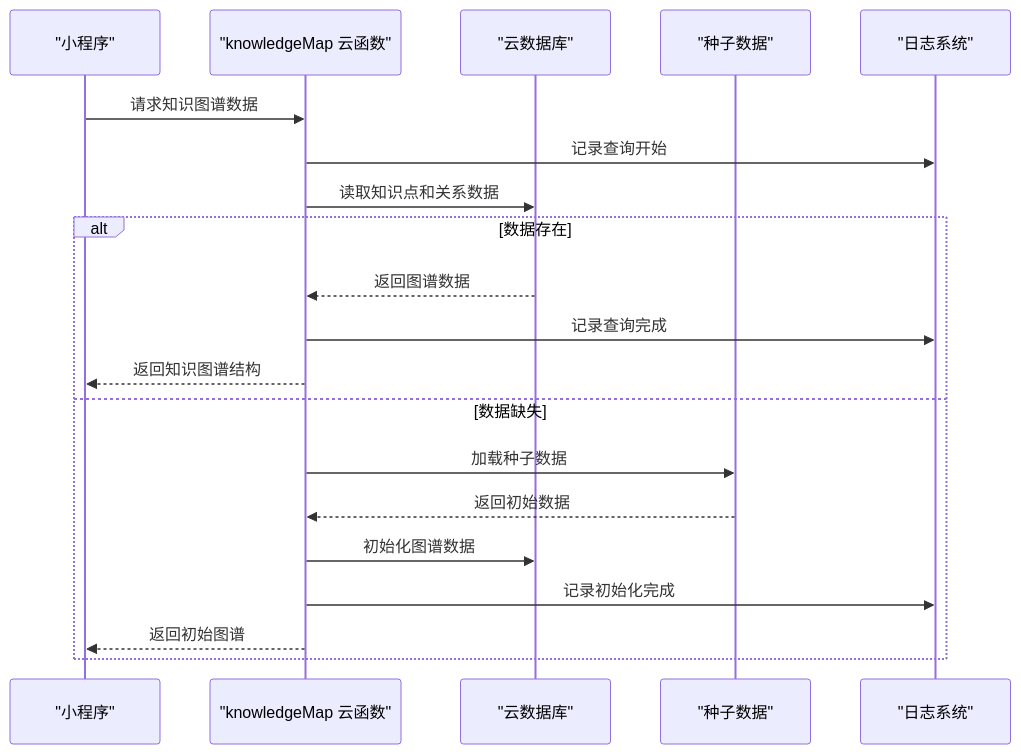
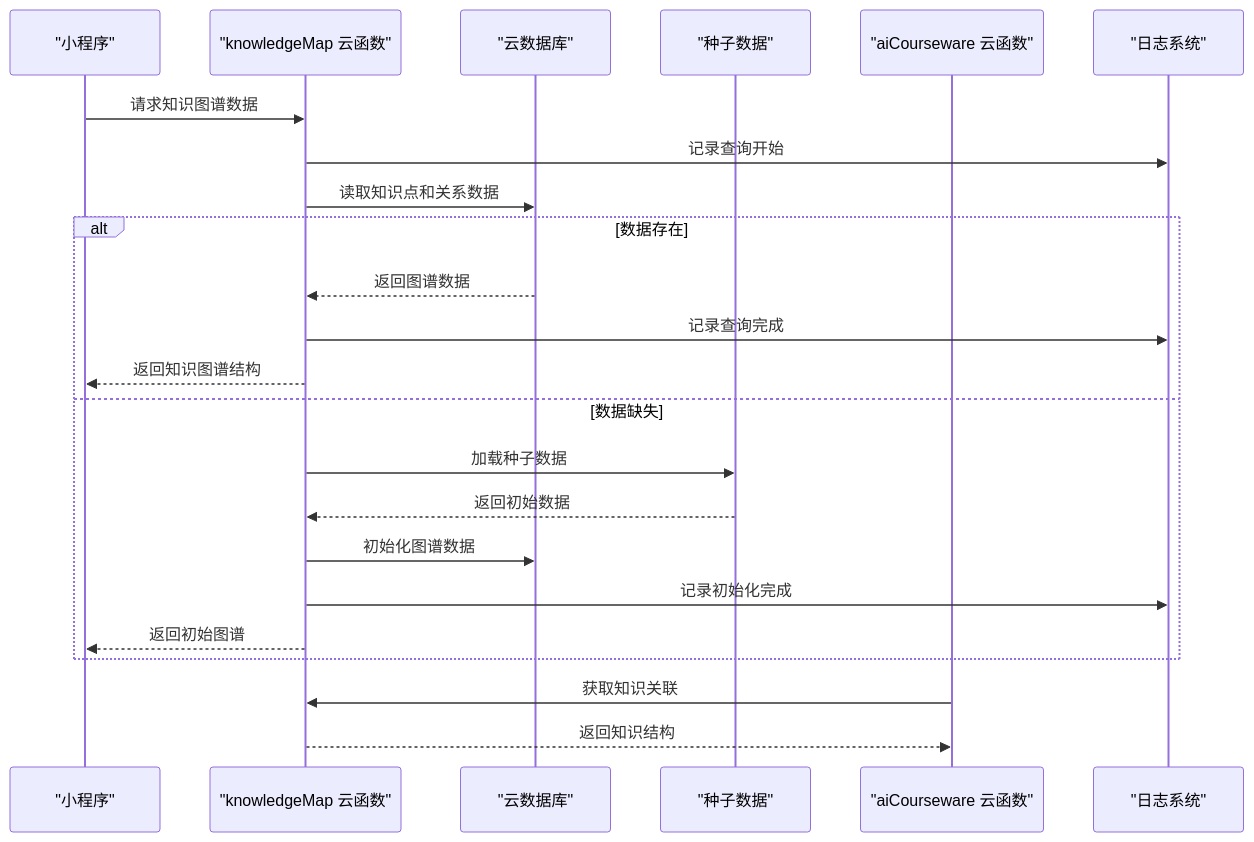
The ninth of 15 diagrams in .qoder/repowiki/zh/content/架构设计/后端架构设计/云函数架构设计.md (cwb7756/bio), drawn with Mermaid before and after one commit. The commit also changed other lines of this file and 19 other files, not shown here.

````diff
--- a/.qoder/repowiki/zh/content/架构设计/后端架构设计/云函数架构设计.md
+++ b/.qoder/repowiki/zh/content/架构设计/后端架构设计/云函数架构设计.md
@@ -492,22 +510,25 @@
 ```mermaid
 sequenceDiagram
 participant MP as "小程序"
 participant KM as "knowledgeMap 云函数"
 participant DB as "云数据库"
 participant SD as "种子数据"
+participant ACW as "aiCourseware 云函数"
 participant LOG as "日志系统"
 MP->>KM : 请求知识图谱数据
 KM->>LOG : 记录查询开始
 KM->>DB : 读取知识点和关系数据
 alt 数据存在
 DB-->>KM : 返回图谱数据
 KM->>LOG : 记录查询完成
 KM-->>MP : 返回知识图谱结构
 else 数据缺失
 KM->>SD : 加载种子数据
 SD-->>KM : 返回初始数据
 KM->>DB : 初始化图谱数据
 KM->>LOG : 记录初始化完成
 KM-->>MP : 返回初始图谱
 end
+ACW->>KM : 获取知识关联
+KM-->>ACW : 返回知识结构
 ```
````
